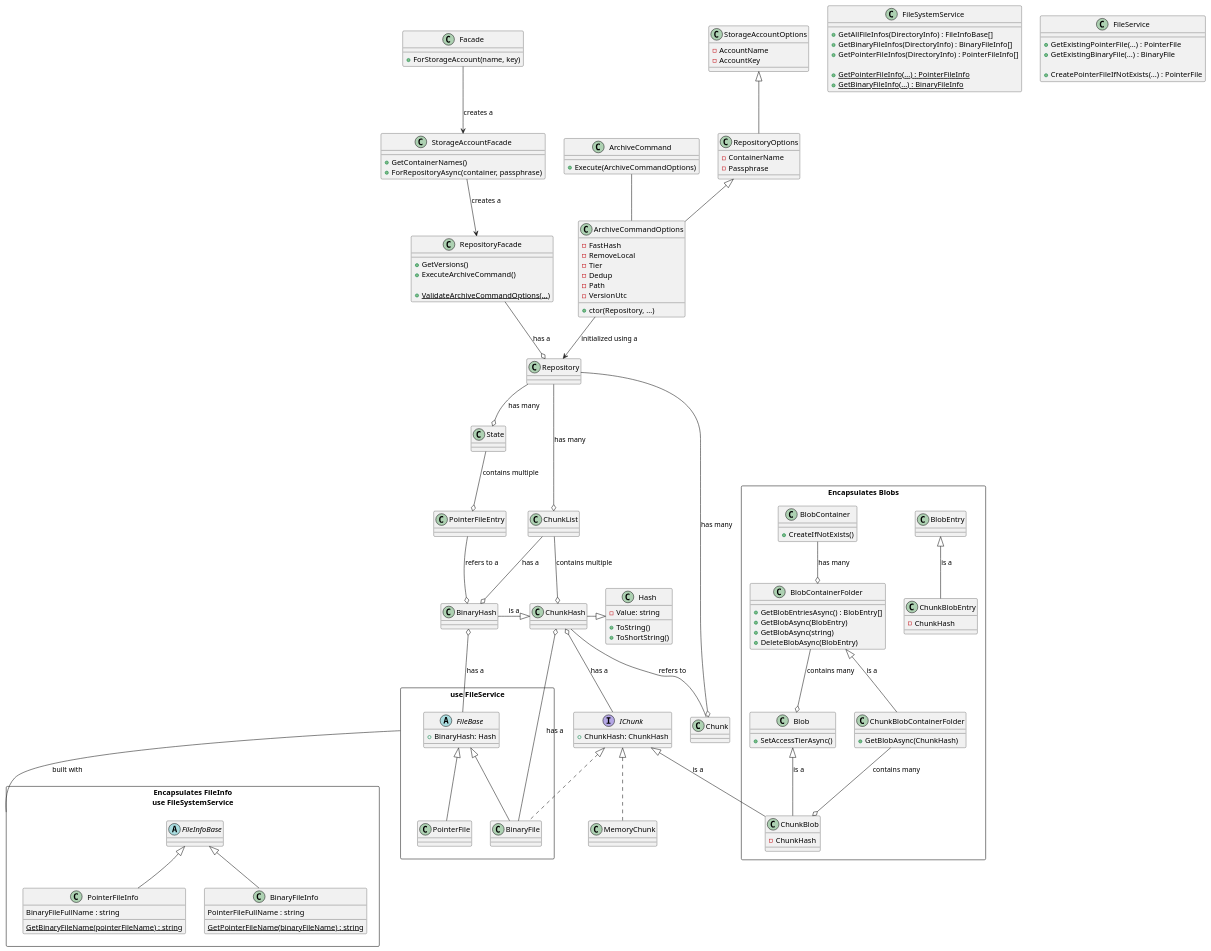
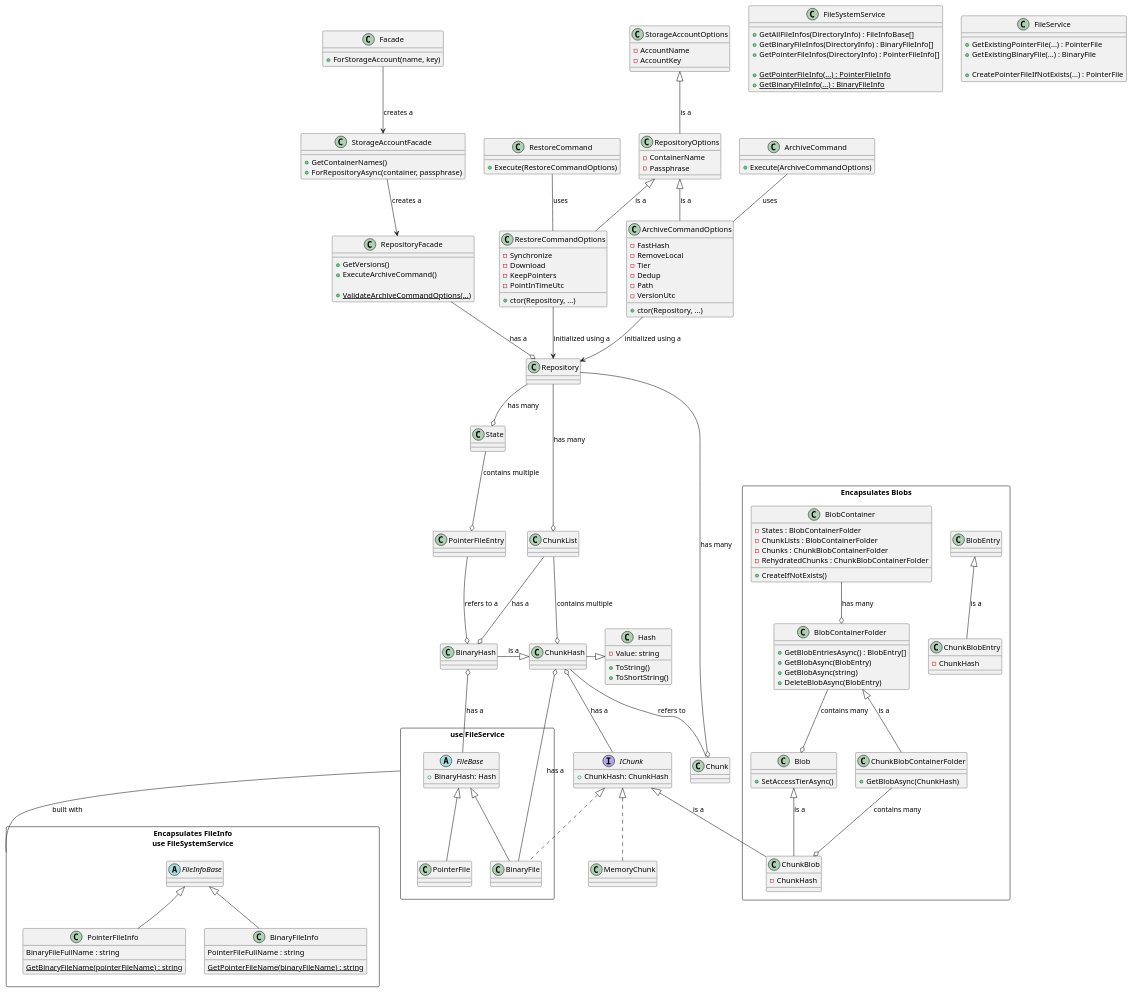
One commit to woutervanranst/Arius changed the diagram in docs/classdiagram.puml. Above: the diagram before and after it, drawn with PlantUML.

```diff
--- a/docs/classdiagram.puml
+++ b/docs/classdiagram.puml
@@ -81,11 +81,15 @@
  - Passphrase
 }
 
-
+' -- BLOBS
 
 rectangle "Encapsulates Blobs" {
 
     class BlobContainer {
+        - States : BlobContainerFolder
+        - ChunkLists : BlobContainerFolder
+        - Chunks : ChunkBlobContainerFolder
+        - RehydratedChunks : ChunkBlobContainerFolder
         + CreateIfNotExists()
     }
 
@@ -112,17 +116,6 @@
     }
 }
 
-BlobContainer --o BlobContainerFolder : "has many"
-
-BlobContainerFolder --o Blob : "contains many"
-ChunkBlobContainerFolder --o ChunkBlob : "contains many"
-
-ChunkBlobContainerFolder -u-|> BlobContainerFolder : "is a"
-ChunkBlobEntry -u-|> BlobEntry : "is a"
-ChunkBlob -u-|> Blob : "is a"
-
-ChunkBlob -u-|> IChunk : "is a"
-
 class ArchiveCommandOptions {
  - FastHash
  - RemoveLocal
@@ -135,6 +128,18 @@
 
 class ArchiveCommand {
  + Execute(ArchiveCommandOptions)
+}
+
+class RestoreCommandOptions {
+    - Synchronize
+    - Download
+    - KeepPointers
+    - PointInTimeUtc
+    + ctor(Repository, ...)
+}
+
+class RestoreCommand {
+    + Execute(RestoreCommandOptions)
 }
 
 
@@ -178,12 +183,32 @@
 StorageAccountFacade --> RepositoryFacade : "creates a"
 RepositoryFacade --o Repository : "has a"
 
-RepositoryOptions -u-|> StorageAccountOptions
-ArchiveCommandOptions -u-|> RepositoryOptions 
+RepositoryOptions -u-|> StorageAccountOptions : "is a"
+
+ArchiveCommandOptions -u-|> RepositoryOptions : "is a"
 ArchiveCommandOptions --> Repository : "initialized using a"
 
-ArchiveCommand -- ArchiveCommandOptions
+ArchiveCommand -- ArchiveCommandOptions : "uses"
+
+RestoreCommandOptions -u-|> RepositoryOptions : "is a"
+RestoreCommandOptions --> Repository : "initialized using a"
+
+RestoreCommand -- RestoreCommandOptions : "uses"
+
 
 FileSystemServiceGroup -u- FileServiceGroup : "built with"
 
+' --- BLOB RELATIONSHIPS
+
+BlobContainer --o BlobContainerFolder : "has many"
+
+BlobContainerFolder --o Blob : "contains many"
+ChunkBlobContainerFolder --o ChunkBlob : "contains many"
+
+ChunkBlobContainerFolder -u-|> BlobContainerFolder : "is a"
+ChunkBlobEntry -u-|> BlobEntry : "is a"
+ChunkBlob -u-|> Blob : "is a"
+
+ChunkBlob -u-|> IChunk : "is a"
+
 @enduml
```
